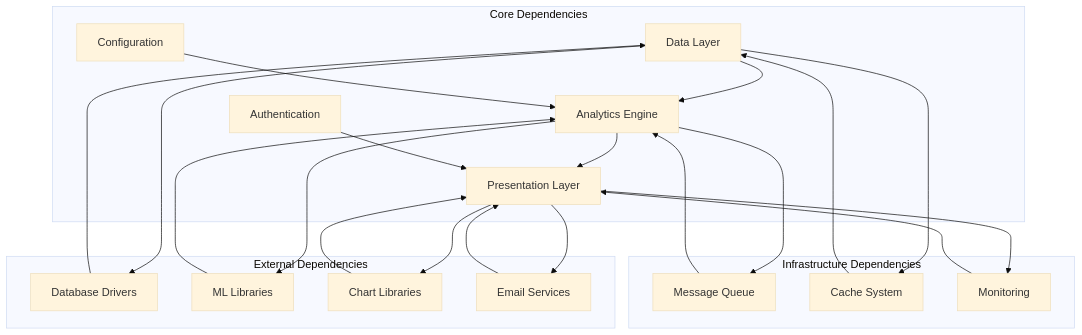
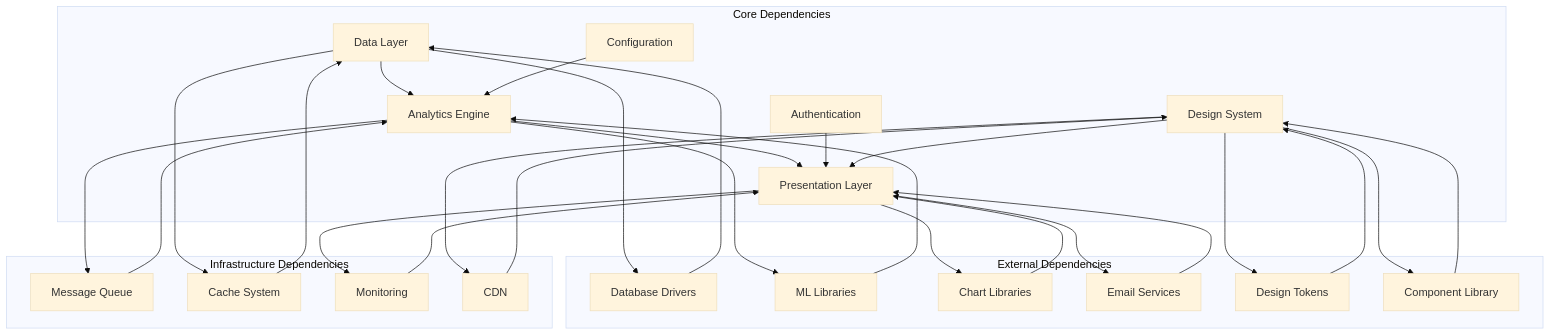
Before and after one commit to od3n/forecastiq: the eighth of 8 diagrams in .qoder/repowiki/en/content/Functional Specifications.md, drawn with Mermaid (base theme). The commit also changed other lines of this file and 3 other files, not shown here.

````diff
--- a/.qoder/repowiki/en/content/Functional Specifications.md
+++ b/.qoder/repowiki/en/content/Functional Specifications.md
@@ -493,27 +768,34 @@
 ```mermaid
 graph TB
 subgraph "Core Dependencies"
 A[Data Layer] --> B[Analytics Engine]
 B --> C[Presentation Layer]
 D[Authentication] --> C
 E[Configuration] --> B
+F[Design System] --> C
 end
 subgraph "External Dependencies"
-F[Database Drivers] --> A
-G[ML Libraries] --> B
-H[Chart Libraries] --> C
-I[Email Services] --> C
+G[Database Drivers] --> A
+H[ML Libraries] --> B
+I[Chart Libraries] --> C
+J[Email Services] --> C
+K[Design Tokens] --> F
+L[Component Library] --> F
 end
 subgraph "Infrastructure Dependencies"
-J[Message Queue] --> B
-K[Cache System] --> A
-L[Monitoring] --> C
+M[Message Queue] --> B
+N[Cache System] --> A
+O[Monitoring] --> C
+P[CDN] --> F
 end
-A --> F
-B --> G
-C --> H
+A --> G
+B --> H
 C --> I
-B --> J
-A --> K
-C --> L
+C --> J
+B --> M
+A --> N
+C --> O
+F --> K
+F --> L
+F --> P
 ```
````
